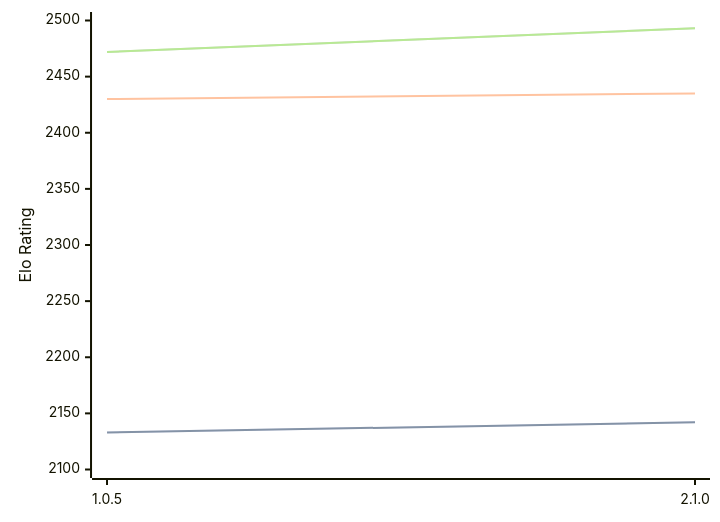
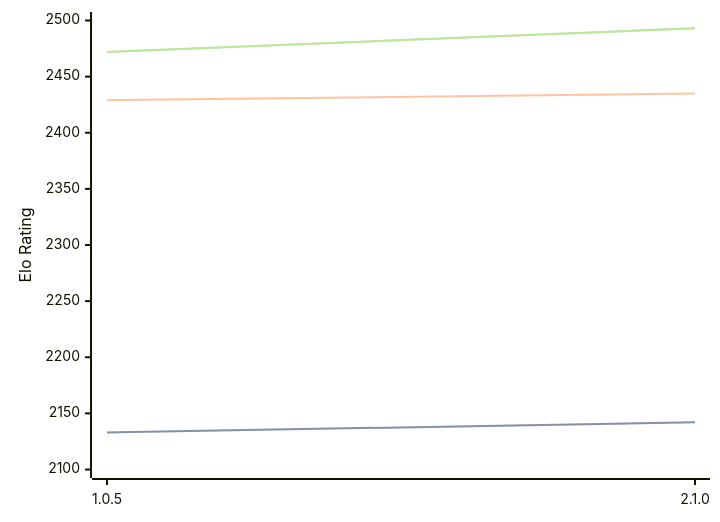
One commit to computer-chess-index/cci changed the diagram in engines/Ruffian.md. Above: the diagram before and after it, drawn with Mermaid. The commit also changed other lines of this file, not shown here.

````diff
--- a/engines/Ruffian.md
+++ b/engines/Ruffian.md
@@ -32,11 +32,11 @@
 ```mermaid
 %%{init: {"theme":"base","themeVariables":{"seriesColors:['#a3a3a3','#222221','#faa371']}}}%%
 xychart-beta
   x-axis ["1.0.5", "2.1.0"]
   y-axis "Elo Rating" 2100 --> 2500
   line "STC (8.0+0.08s)" [2133, 2142]
   line "STC (8.0+0.08s)" [2133, 2142]
-  line "LTC (60.0+0.60s)" [2430, 2435]
+  line "LTC (60.0+0.60s)" [2429, 2435]
   line "VLTC (2m24s+1.12s)" [2472, 2493]
   line "VLTC (2m24s+1.12s)" [2472, 2493]
 ```
````
